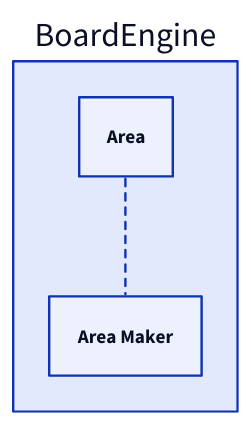
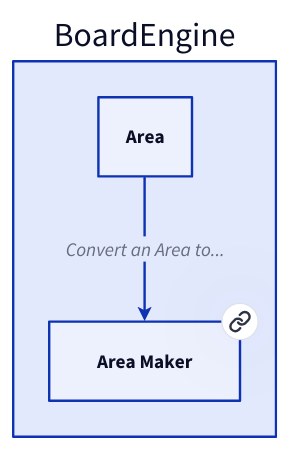
The diagram in doc/BoardEngine/Area.md (Portevent/Brume-Documentation), drawn with D2 before and after one commit. The commit also changed 88 other files, not shown here.

````diff
--- a/doc/BoardEngine/Area.md
+++ b/doc/BoardEngine/Area.md
@@ -10,10 +10,15 @@
 ```d2
 # Nodes :
 BoardEngine: {
-    AreaMaker: Area Maker
+    AreaMaker: Area Maker {
+       link: AreaMaker
+    }
 }
 
 # Links :
-BoardEngine.Area -- BoardEngine.AreaMaker: {style.stroke-dash: 3}
+BoardEngine.Area -> BoardEngine.AreaMaker: Convert an Area to... {
+source-arrowhead: {}
+target-arrowhead: {shape: arrow}
+}
 
 ```
````
